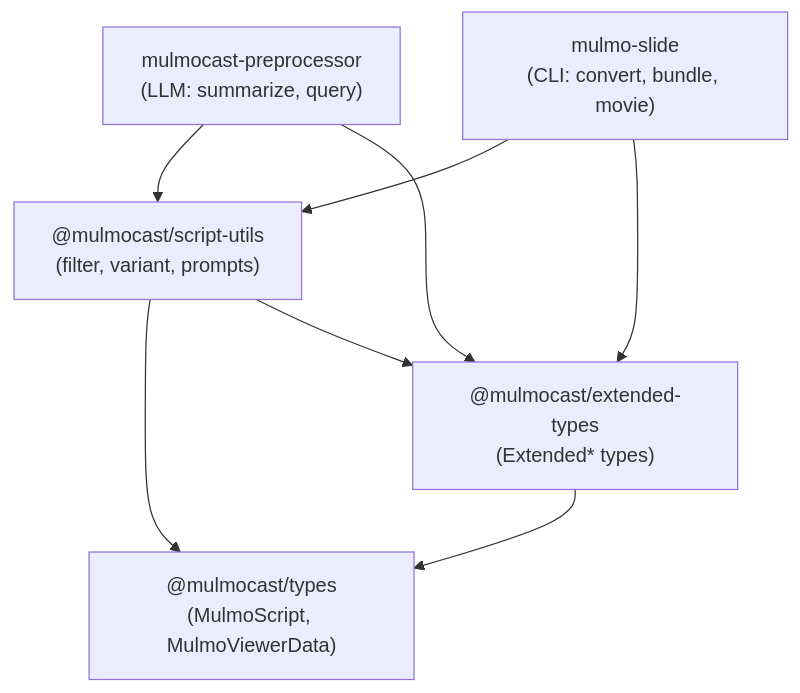
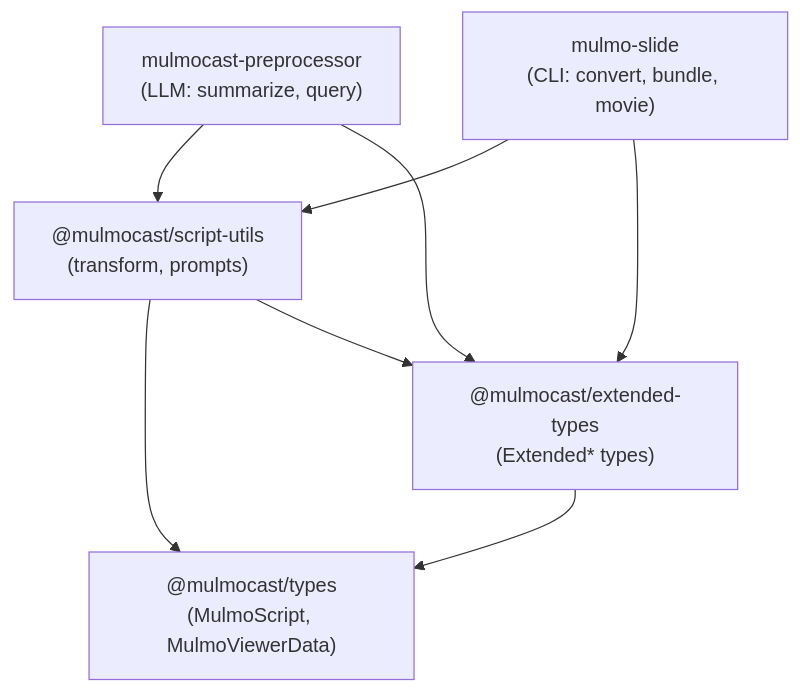
One commit to receptron/mulmocast-plus changed the third of 3 diagrams in packages/mulmocast-extended-types/README.md. Above: the diagram before and after it, drawn with Mermaid. The commit also changed other lines of this file, not shown here.

First line of the commit message:
docs: simplify README diagrams for readability

````diff
--- a/packages/mulmocast-extended-types/README.md
+++ b/packages/mulmocast-extended-types/README.md
@@ -141,16 +104,16 @@
 ```mermaid
 graph TD
-    T["@mulmocast/types<br/>(MulmoScript, MulmoViewerData)"]
-    ET["@mulmocast/extended-types<br/>(Extended* types)"]
-    SU["@mulmocast/script-utils<br/>(filter, variant, prompts)"]
-    PP["mulmocast-preprocessor<br/>(LLM: summarize, query)"]
-    SL["mulmo-slide<br/>(CLI: convert, bundle, movie)"]
+    T["@mulmocast/types\n(MulmoScript, MulmoViewerData)"]
+    ET["@mulmocast/extended-types\n(Extended* types)"]
+    SU["@mulmocast/script-utils\n(transform, prompts)"]
+    PP["mulmocast-preprocessor\n(LLM: summarize, query)"]
+    SL["mulmo-slide\n(CLI: convert, bundle, movie)"]
 
     ET --> T
     SU --> T
     SU --> ET
     PP --> SU
     PP --> ET
     SL --> SU
     SL --> ET
 ```
````
